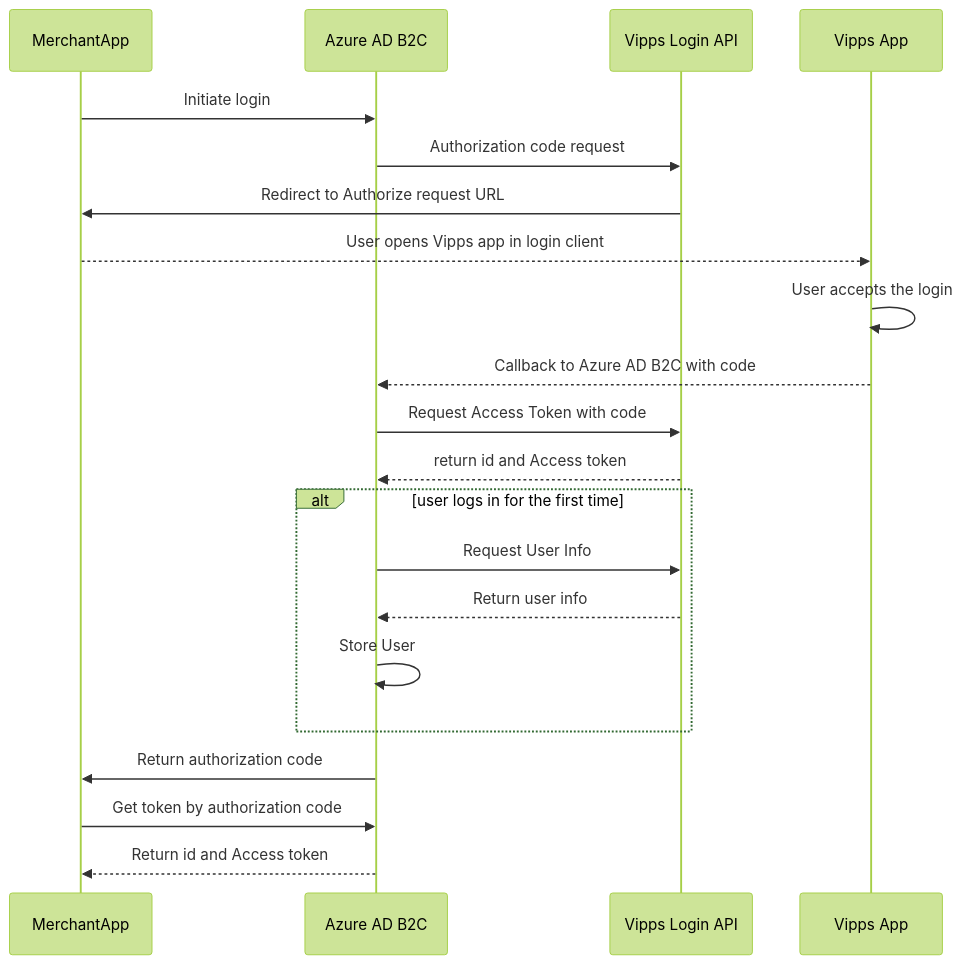
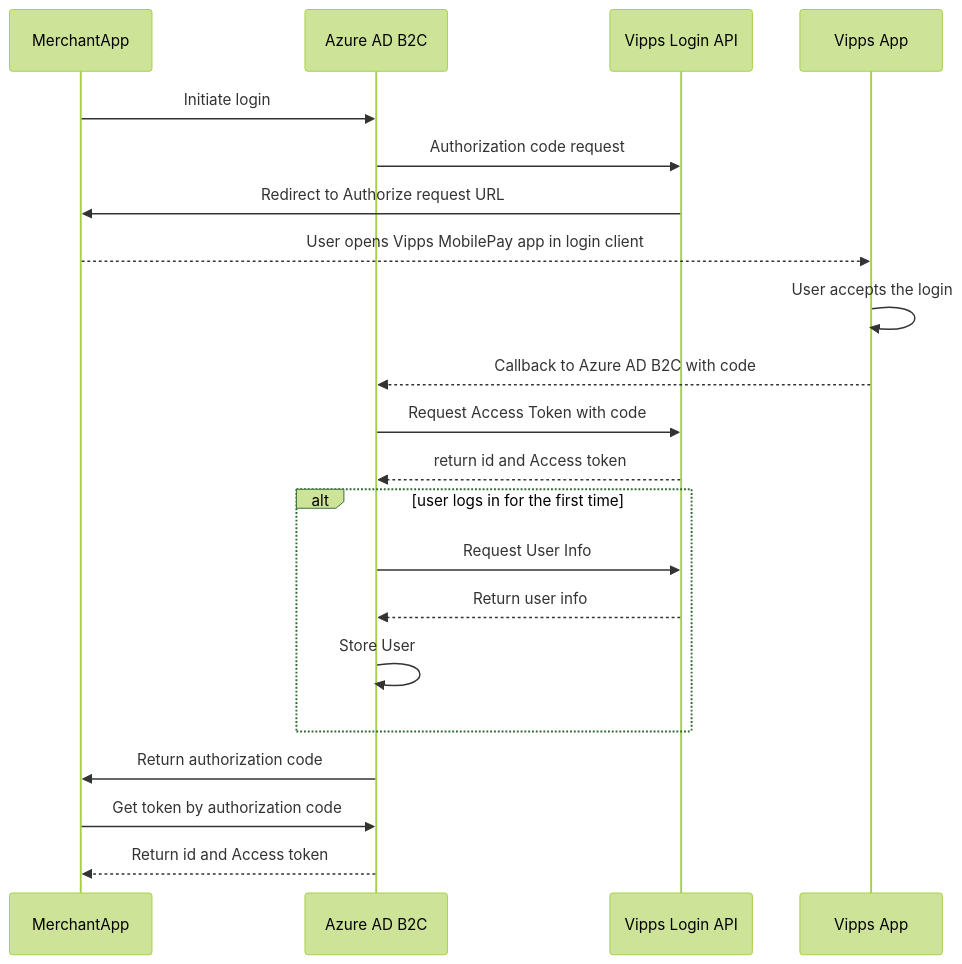
The diagram in azure-b2c/CustomPolicyLogin.md (vippsas/vipps-solutions), drawn with Mermaid (forest theme) before and after one commit. The commit also changed other lines of this file and 18 other files, not shown here.

Commit message:
Use "Vipps MobilePay app"

````diff
--- a/azure-b2c/CustomPolicyLogin.md
+++ b/azure-b2c/CustomPolicyLogin.md
@@ -105,36 +105,36 @@
 ```mermaid
 
 sequenceDiagram
     participant MerchantApp
     participant Azure AD B2C
     participant Vipps Login API
     participant Vipps App
 
     MerchantApp->>Azure AD B2C: Initiate login
 
     Azure AD B2C->>Vipps Login API: Authorization code request
 
     Vipps Login API->>MerchantApp: Redirect to Authorize request URL
 
-    MerchantApp-->>Vipps App: User opens Vipps app in login client
+    MerchantApp-->>Vipps App: User opens Vipps MobilePay app in login client
 
     Vipps App->>Vipps App: User accepts the login
 
     Vipps App-->>Azure AD B2C: Callback to Azure AD B2C with code
 
     Azure AD B2C->>Vipps Login API: Request Access Token with code
 
     Vipps Login API-->>Azure AD B2C: return id and Access token
 
     alt user logs in for the first time
         Azure AD B2C->>Vipps Login API: Request User Info
         Vipps Login API-->>Azure AD B2C: Return user info
         Azure AD B2C->>Azure AD B2C: Store User
     end
 
     Azure AD B2C->>MerchantApp: Return authorization code
 
     MerchantApp->>Azure AD B2C: Get token by authorization code
 
     Azure AD B2C-->>MerchantApp: Return id and Access token
 ```
````
